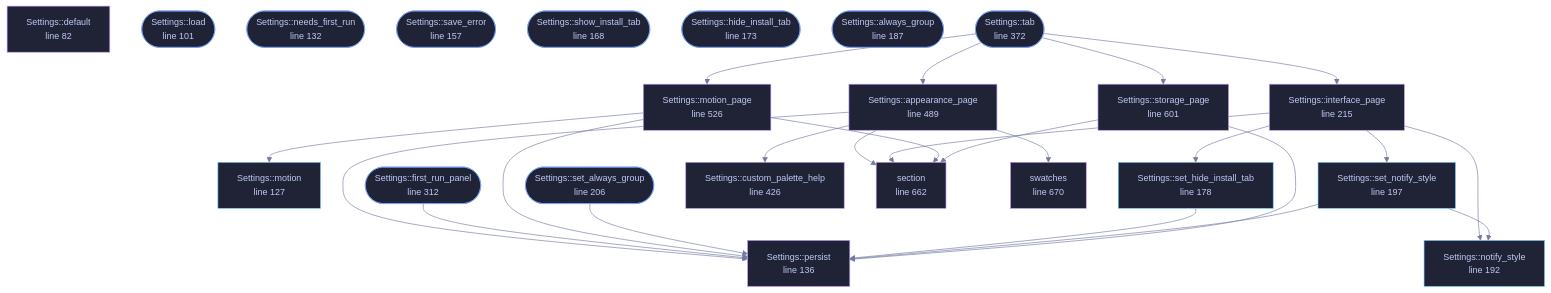
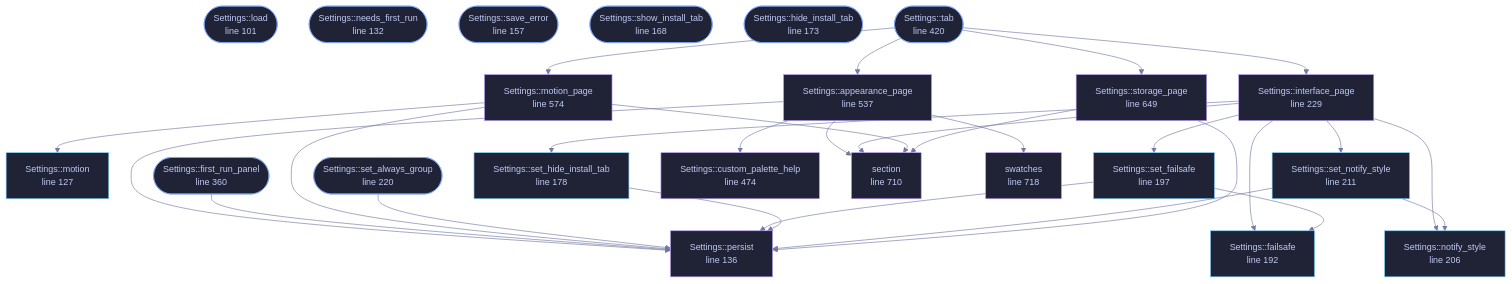
One commit to tilas01/veilvoice changed the diagram in docs/files/veilvoice-gui/settings.md. Above: the diagram before and after it, drawn with Mermaid. The commit also changed other lines of this file and 69 other files, not shown here.

First line of the commit message:
failsafe: the safety catch, on by default, for a quiet accident

````diff
--- a/docs/files/veilvoice-gui/settings.md
+++ b/docs/files/veilvoice-gui/settings.md
@@ -91,76 +94,80 @@
 ```mermaid
 %%{init: {"theme":"base","themeVariables":{"background":"#1a1b26","primaryColor":"#1f2335","primaryTextColor":"#c0caf5","primaryBorderColor":"#7aa2f7","secondaryColor":"#16161e","tertiaryColor":"#16161e","lineColor":"#737aa2","textColor":"#c0caf5","mainBkg":"#1f2335","nodeBorder":"#7aa2f7","clusterBkg":"#16161e","clusterBorder":"#2f3549","fontFamily":"ui-monospace, SFMono-Regular, Consolas, monospace","fontSize":"14px"}}}%%
 flowchart TD
-    n_default["Settings::default<br/>line 82"]
     n_load(["Settings::load<br/>line 101"])
     n_motion["Settings::motion<br/>line 127"]
     n_needs_first_run(["Settings::needs_first_run<br/>line 132"])
     n_persist["Settings::persist<br/>line 136"]
     n_save_error(["Settings::save_error<br/>line 157"])
     n_show_install_tab(["Settings::show_install_tab<br/>line 168"])
     n_hide_install_tab(["Settings::hide_install_tab<br/>line 173"])
     n_set_hide_install_tab["Settings::set_hide_install_tab<br/>line 178"]
-    n_always_group(["Settings::always_group<br/>line 187"])
-    n_notify_style["Settings::notify_style<br/>line 192"]
-    n_set_notify_style["Settings::set_notify_style<br/>line 197"]
-    n_set_always_group(["Settings::set_always_group<br/>line 206"])
-    n_interface_page["Settings::interface_page<br/>line 215"]
-    n_first_run_panel(["Settings::first_run_panel<br/>line 312"])
-    n_tab(["Settings::tab<br/>line 372"])
-    n_custom_palette_help["Settings::custom_palette_help<br/>line 426"]
-    n_appearance_page["Settings::appearance_page<br/>line 489"]
-    n_motion_page["Settings::motion_page<br/>line 526"]
-    n_storage_page["Settings::storage_page<br/>line 601"]
-    n_section["section<br/>line 662"]
-    n_swatches["swatches<br/>line 670"]
+    n_failsafe["Settings::failsafe<br/>line 192"]
+    n_set_failsafe["Settings::set_failsafe<br/>line 197"]
+    n_notify_style["Settings::notify_style<br/>line 206"]
+    n_set_notify_style["Settings::set_notify_style<br/>line 211"]
+    n_set_always_group(["Settings::set_always_group<br/>line 220"])
+    n_interface_page["Settings::interface_page<br/>line 229"]
+    n_first_run_panel(["Settings::first_run_panel<br/>line 360"])
+    n_tab(["Settings::tab<br/>line 420"])
+    n_custom_palette_help["Settings::custom_palette_help<br/>line 474"]
+    n_appearance_page["Settings::appearance_page<br/>line 537"]
+    n_motion_page["Settings::motion_page<br/>line 574"]
+    n_storage_page["Settings::storage_page<br/>line 649"]
+    n_section["section<br/>line 710"]
+    n_swatches["swatches<br/>line 718"]
     n_appearance_page --> n_custom_palette_help
     n_appearance_page --> n_persist
     n_appearance_page --> n_section
     n_appearance_page --> n_swatches
     n_first_run_panel --> n_persist
+    n_interface_page --> n_failsafe
     n_interface_page --> n_notify_style
     n_interface_page --> n_section
+    n_interface_page --> n_set_failsafe
     n_interface_page --> n_set_hide_install_tab
     n_interface_page --> n_set_notify_style
     n_motion_page --> n_motion
     n_motion_page --> n_persist
     n_motion_page --> n_section
     n_set_always_group --> n_persist
+    n_set_failsafe --> n_failsafe
+    n_set_failsafe --> n_persist
     n_set_hide_install_tab --> n_persist
     n_set_notify_style --> n_notify_style
     n_set_notify_style --> n_persist
     n_storage_page --> n_persist
     n_storage_page --> n_section
     n_tab --> n_appearance_page
     n_tab --> n_interface_page
     n_tab --> n_motion_page
     n_tab --> n_storage_page
-    click n_default href "https://github.com/tilas01/veilvoice/blob/main/crates/veilvoice-gui/src/settings.rs#L82" "open the source"
     click n_load href "https://github.com/tilas01/veilvoice/blob/main/crates/veilvoice-gui/src/settings.rs#L101" "open the source"
     click n_motion href "https://github.com/tilas01/veilvoice/blob/main/crates/veilvoice-gui/src/settings.rs#L127" "open the source"
     click n_needs_first_run href "https://github.com/tilas01/veilvoice/blob/main/crates/veilvoice-gui/src/settings.rs#L132" "open the source"
     click n_persist href "https://github.com/tilas01/veilvoice/blob/main/crates/veilvoice-gui/src/settings.rs#L136" "open the source"
     click n_save_error href "https://github.com/tilas01/veilvoice/blob/main/crates/veilvoice-gui/src/settings.rs#L157" "open the source"
     click n_show_install_tab href "https://github.com/tilas01/veilvoice/blob/main/crates/veilvoice-gui/src/settings.rs#L168" "open the source"
     click n_hide_install_tab href "https://github.com/tilas01/veilvoice/blob/main/crates/veilvoice-gui/src/settings.rs#L173" "open the source"
     click n_set_hide_install_tab href "https://github.com/tilas01/veilvoice/blob/main/crates/veilvoice-gui/src/settings.rs#L178" "open the source"
-    click n_always_group href "https://github.com/tilas01/veilvoice/blob/main/crates/veilvoice-gui/src/settings.rs#L187" "open the source"
-    click n_notify_style href "https://github.com/tilas01/veilvoice/blob/main/crates/veilvoice-gui/src/settings.rs#L192" "open the source"
-    click n_set_notify_style href "https://github.com/tilas01/veilvoice/blob/main/crates/veilvoice-gui/src/settings.rs#L197" "open the source"
-    click n_set_always_group href "https://github.com/tilas01/veilvoice/blob/main/crates/veilvoice-gui/src/settings.rs#L206" "open the source"
-    click n_interface_page href "https://github.com/tilas01/veilvoice/blob/main/crates/veilvoice-gui/src/settings.rs#L215" "open the source"
-    click n_first_run_panel href "https://github.com/tilas01/veilvoice/blob/main/crates/veilvoice-gui/src/settings.rs#L312" "open the source"
-    click n_tab href "https://github.com/tilas01/veilvoice/blob/main/crates/veilvoice-gui/src/settings.rs#L372" "open the source"
-    click n_custom_palette_help href "https://github.com/tilas01/veilvoice/blob/main/crates/veilvoice-gui/src/settings.rs#L426" "open the source"
-    click n_appearance_page href "https://github.com/tilas01/veilvoice/blob/main/crates/veilvoice-gui/src/settings.rs#L489" "open the source"
-    click n_motion_page href "https://github.com/tilas01/veilvoice/blob/main/crates/veilvoice-gui/src/settings.rs#L526" "open the source"
-    click n_storage_page href "https://github.com/tilas01/veilvoice/blob/main/crates/veilvoice-gui/src/settings.rs#L601" "open the source"
-    click n_section href "https://github.com/tilas01/veilvoice/blob/main/crates/veilvoice-gui/src/settings.rs#L662" "open the source"
-    click n_swatches href "https://github.com/tilas01/veilvoice/blob/main/crates/veilvoice-gui/src/settings.rs#L670" "open the source"
+    click n_failsafe href "https://github.com/tilas01/veilvoice/blob/main/crates/veilvoice-gui/src/settings.rs#L192" "open the source"
+    click n_set_failsafe href "https://github.com/tilas01/veilvoice/blob/main/crates/veilvoice-gui/src/settings.rs#L197" "open the source"
+    click n_notify_style href "https://github.com/tilas01/veilvoice/blob/main/crates/veilvoice-gui/src/settings.rs#L206" "open the source"
+    click n_set_notify_style href "https://github.com/tilas01/veilvoice/blob/main/crates/veilvoice-gui/src/settings.rs#L211" "open the source"
+    click n_set_always_group href "https://github.com/tilas01/veilvoice/blob/main/crates/veilvoice-gui/src/settings.rs#L220" "open the source"
+    click n_interface_page href "https://github.com/tilas01/veilvoice/blob/main/crates/veilvoice-gui/src/settings.rs#L229" "open the source"
+    click n_first_run_panel href "https://github.com/tilas01/veilvoice/blob/main/crates/veilvoice-gui/src/settings.rs#L360" "open the source"
+    click n_tab href "https://github.com/tilas01/veilvoice/blob/main/crates/veilvoice-gui/src/settings.rs#L420" "open the source"
+    click n_custom_palette_help href "https://github.com/tilas01/veilvoice/blob/main/crates/veilvoice-gui/src/settings.rs#L474" "open the source"
+    click n_appearance_page href "https://github.com/tilas01/veilvoice/blob/main/crates/veilvoice-gui/src/settings.rs#L537" "open the source"
+    click n_motion_page href "https://github.com/tilas01/veilvoice/blob/main/crates/veilvoice-gui/src/settings.rs#L574" "open the source"
+    click n_storage_page href "https://github.com/tilas01/veilvoice/blob/main/crates/veilvoice-gui/src/settings.rs#L649" "open the source"
+    click n_section href "https://github.com/tilas01/veilvoice/blob/main/crates/veilvoice-gui/src/settings.rs#L710" "open the source"
+    click n_swatches href "https://github.com/tilas01/veilvoice/blob/main/crates/veilvoice-gui/src/settings.rs#L718" "open the source"
     classDef entry fill:#1f2335,stroke:#7aa2f7,color:#c0caf5
-    class n_load,n_needs_first_run,n_save_error,n_show_install_tab,n_hide_install_tab,n_always_group,n_set_always_group,n_first_run_panel,n_tab entry
+    class n_load,n_needs_first_run,n_save_error,n_show_install_tab,n_hide_install_tab,n_set_always_group,n_first_run_panel,n_tab entry
     classDef api fill:#1f2335,stroke:#7dcfff,color:#c0caf5
-    class n_motion,n_set_hide_install_tab,n_notify_style,n_set_notify_style api
+    class n_motion,n_set_hide_install_tab,n_failsafe,n_set_failsafe,n_notify_style,n_set_notify_style api
     classDef helper fill:#1f2335,stroke:#bb9af7,color:#c0caf5
-    class n_default,n_persist,n_interface_page,n_custom_palette_help,n_appearance_page,n_motion_page,n_storage_page,n_section,n_swatches helper
+    class n_persist,n_interface_page,n_custom_palette_help,n_appearance_page,n_motion_page,n_storage_page,n_section,n_swatches helper
 ```
````
